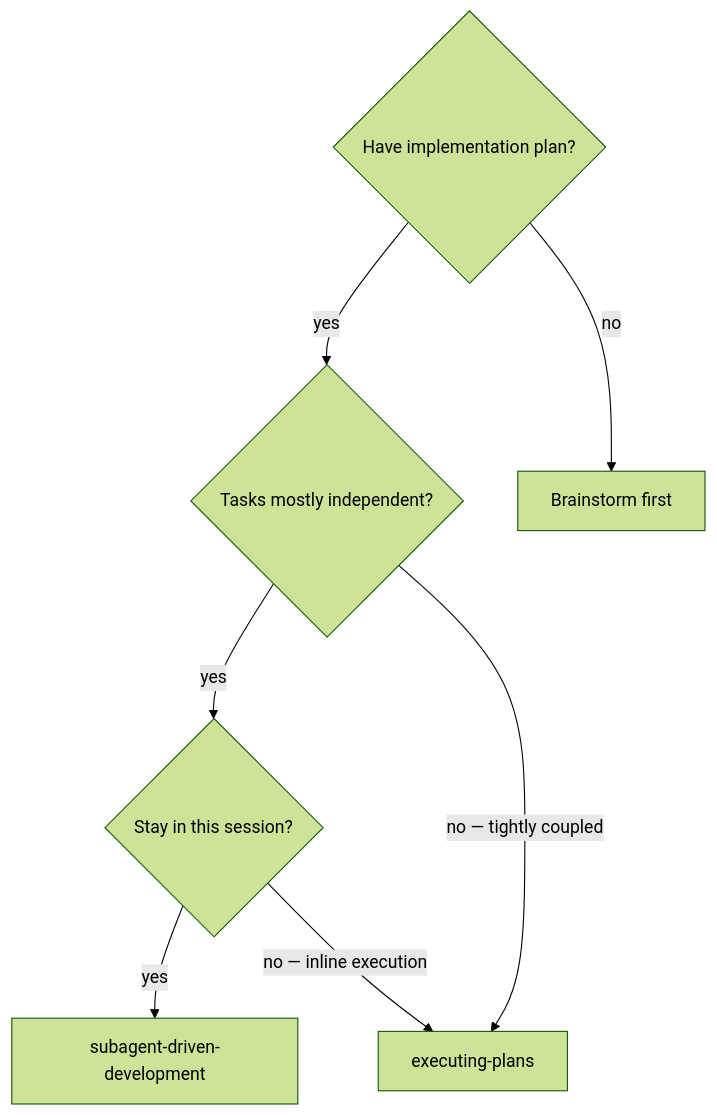
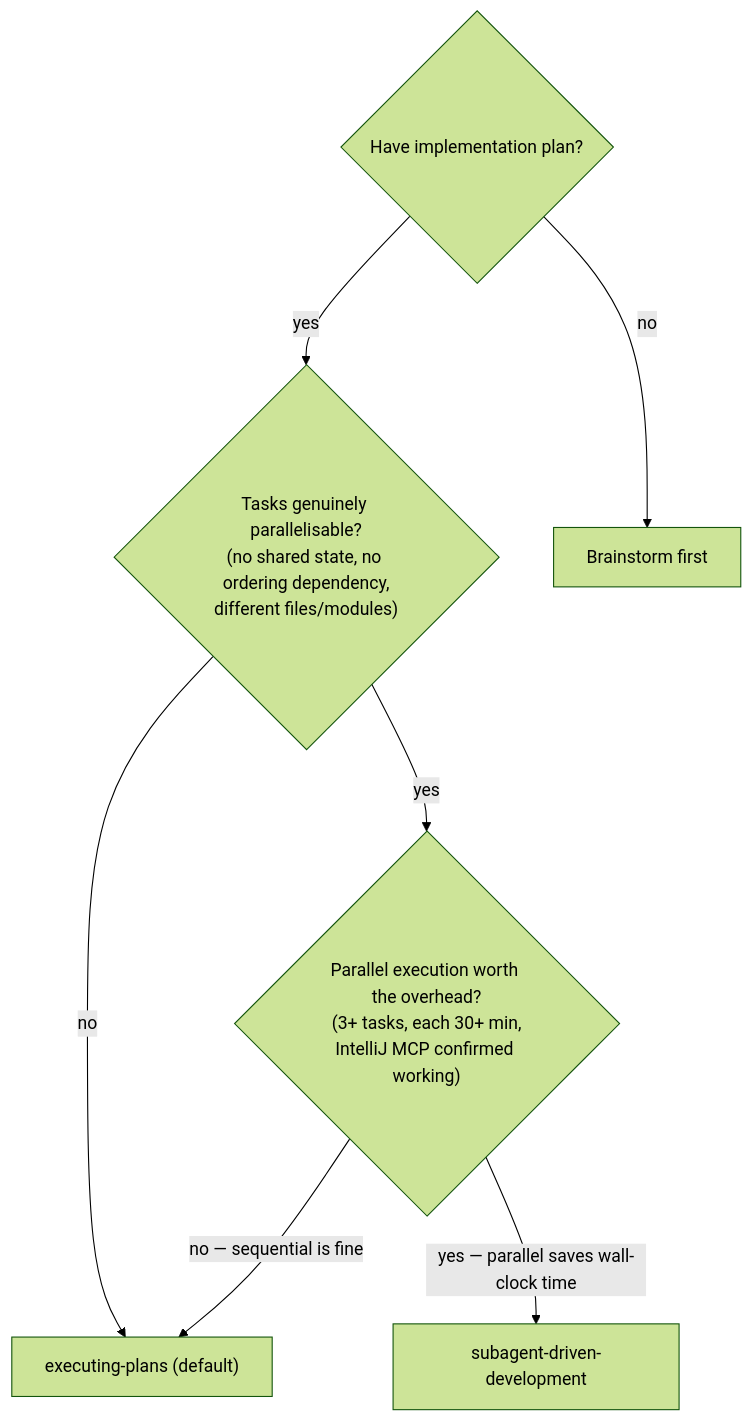
The first of 2 diagrams in subagent-driven-development/SKILL.md (Hortora/soredium), drawn with Mermaid (forest theme) before and after one commit. The commit also changed other lines of this file and 6 other files, not shown here.

First line of the commit message:
fix: #81 EP default, SDD for parallel only; test coverage parity

````diff
--- a/subagent-driven-development/SKILL.md
+++ b/subagent-driven-development/SKILL.md
@@ -33,16 +40,16 @@
 ```mermaid
 flowchart TD
     Q1{"Have implementation plan?"}
-    Q2{"Tasks mostly independent?"}
-    Q3{"Stay in this session?"}
+    Q2{"Tasks genuinely parallelisable?\n(no shared state, no ordering dependency,\ndifferent files/modules)"}
+    Q3{"Parallel execution worth the overhead?\n(3+ tasks, each 30+ min,\nIntelliJ MCP confirmed working)"}
     SDD["subagent-driven-development"]
-    EP["executing-plans"]
+    EP["executing-plans (default)"]
     NOPLAN["Brainstorm first"]
 
     Q1 -->|"yes"| Q2
     Q1 -->|"no"| NOPLAN
+    Q2 -->|"no"| EP
     Q2 -->|"yes"| Q3
-    Q2 -->|"no — tightly coupled"| EP
-    Q3 -->|"yes"| SDD
-    Q3 -->|"no — inline execution"| EP
+    Q3 -->|"yes — parallel saves wall-clock time"| SDD
+    Q3 -->|"no — sequential is fine"| EP
 ```
````
